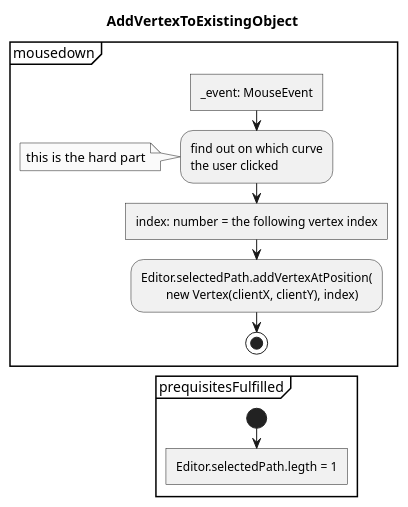
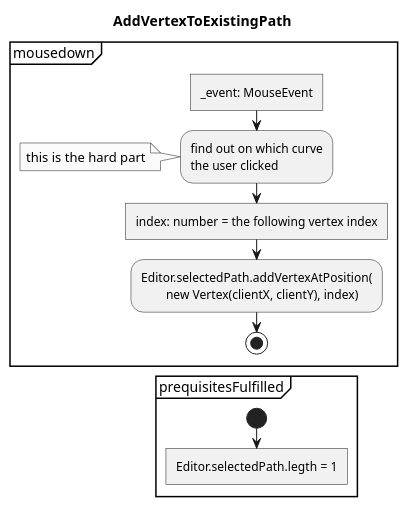
One commit to JirkaDellOro/FUDGE changed the diagram in Experiments/Lukas/VectorEditor/concept/Activities/Actions/AddVertexToExistingPath.puml. Above: the diagram before and after it, drawn with PlantUML. The commit also changed 4 other files, not shown here.

```diff
--- a/Experiments/Lukas/VectorEditor/concept/Activities/Actions/AddVertexToExistingPath.puml
+++ b/Experiments/Lukas/VectorEditor/concept/Activities/Actions/AddVertexToExistingPath.puml
@@ -1,23 +1,23 @@
 @startuml AddVertexToExistingPath
 skinparam monochrome true
 
-title AddVertexToExistingObject
+title AddVertexToExistingPath
 
 partition mousedown {
 	:_event: MouseEvent]
 	:find out on which curve
 	the user clicked;
 	note: this is the hard part
 	:index: number = the following vertex index]
 	:Editor.selectedPath.addVertexAtPosition(
 		new Vertex(clientX, clientY), index);
 	stop
 }
 
 partition prequisitesFulfilled {
 	start
 	:Editor.selectedPath.legth = 1]
 	detach
 }
 
 @enduml
```
